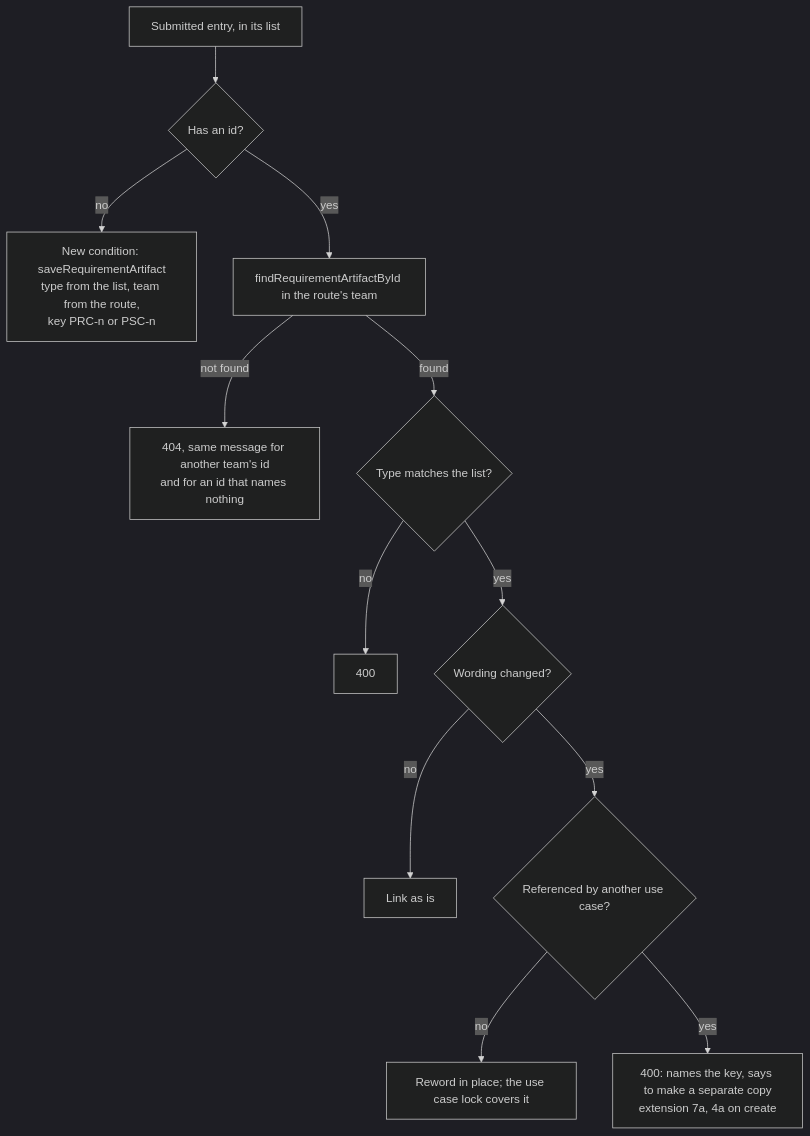
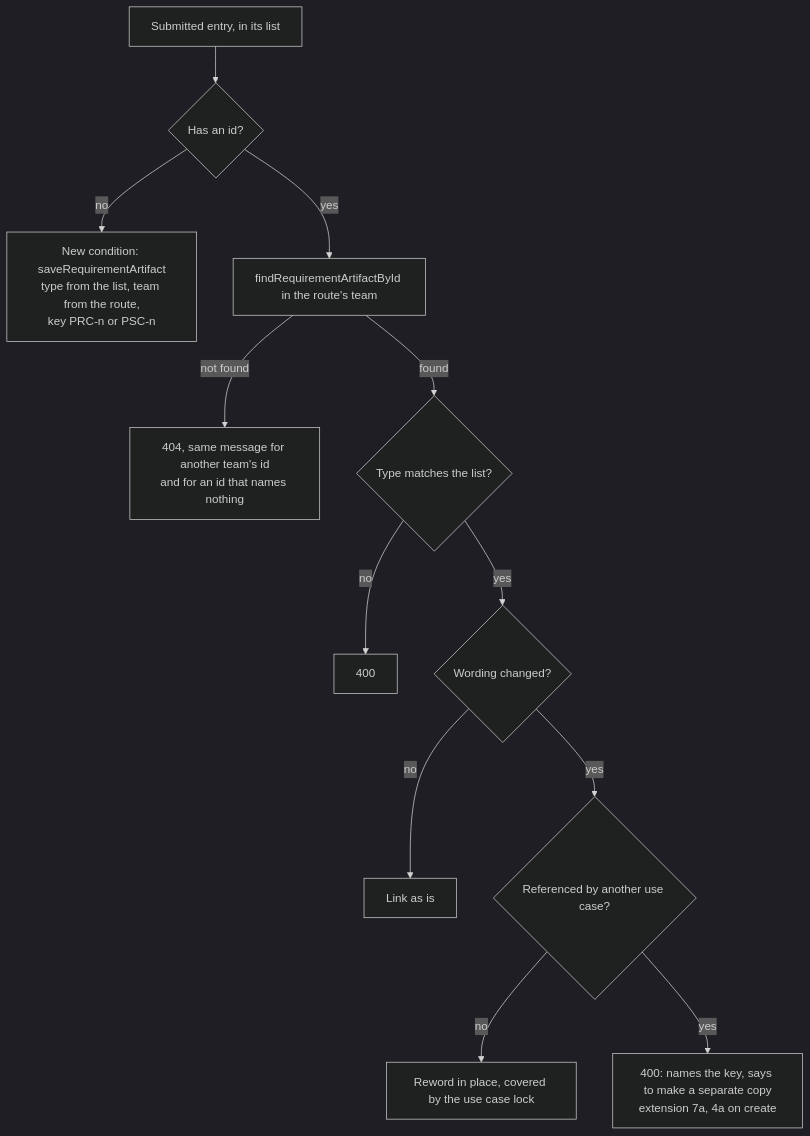
Before and after one commit to Washingtonwei/project-pulse: the fourth of 7 diagrams in docs/design/doc.md, drawn with Mermaid (dark theme). The commit also changed other lines of this file, not shown here.

First line of the commit message:
Remove semicolons that break the Mermaid diagrams

````diff
--- a/docs/design/doc.md
+++ b/docs/design/doc.md
@@ -205,14 +205,14 @@
 ```mermaid
 flowchart TD
     A[Submitted entry, in its list] --> B{Has an id?}
     B -- no --> N[New condition: saveRequirementArtifact<br/>type from the list, team from the route,<br/>key PRC-n or PSC-n]
     B -- yes --> L[findRequirementArtifactById in the route's team]
     L -- not found --> X404[404, same message for another team's id<br/>and for an id that names nothing]
     L -- found --> T{Type matches the list?}
     T -- no --> X400a[400]
     T -- yes --> W{Wording changed?}
     W -- no --> K[Link as is]
     W -- yes --> S{Referenced by another use case?}
-    S -- no --> R[Reword in place; the use case lock covers it]
+    S -- no --> R[Reword in place, covered by the use case lock]
     S -- yes --> X400b[400: names the key, says to make a separate copy<br/>extension 7a, 4a on create]
 ```
````
